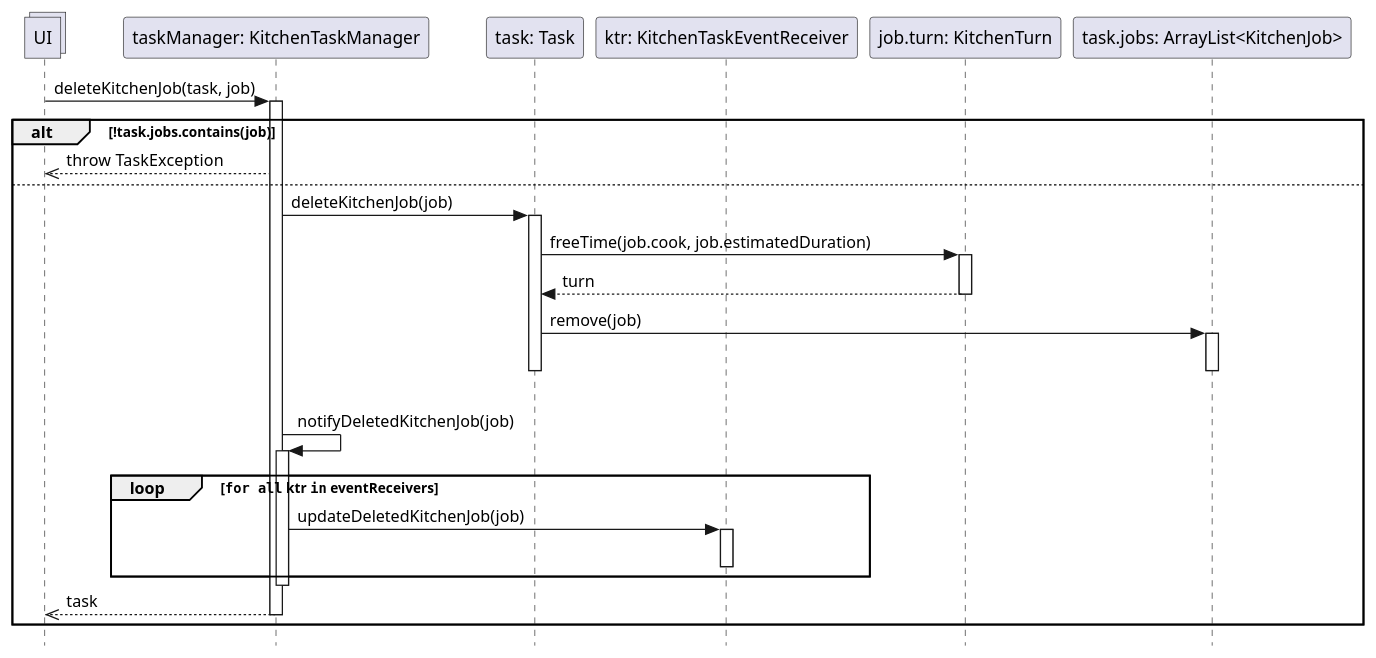
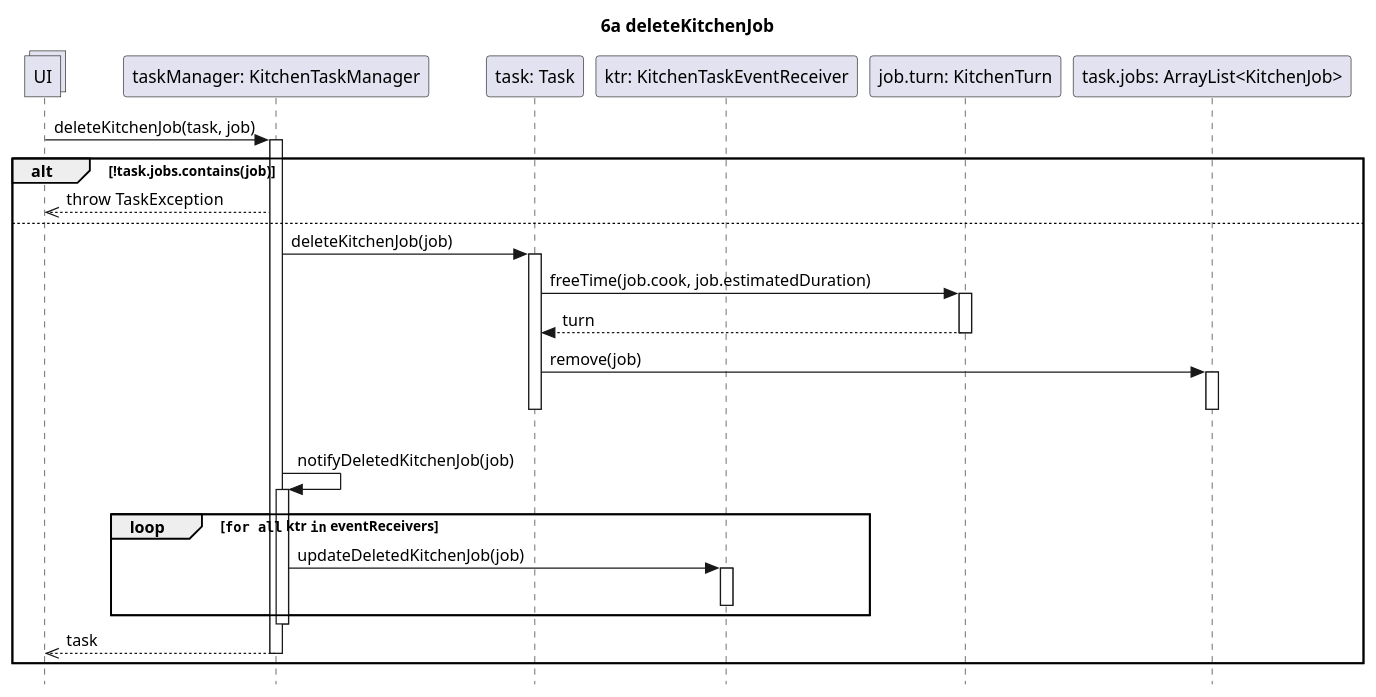
Before and after one commit to stefa168/sas-project: the diagram in UP/Progettazione/UC Gestire Compiti Cucina/DSD/DSD Operazione 6a.puml, drawn with PlantUML. The commit also changed 5 other files, not shown here.

```diff
--- a/UP/Progettazione/UC Gestire Compiti Cucina/DSD/DSD Operazione 6a.puml
+++ b/UP/Progettazione/UC Gestire Compiti Cucina/DSD/DSD Operazione 6a.puml
@@ -1,50 +1,50 @@
 @startuml Operazione 6a
 skinparam Style strictuml
 
+title 6a deleteKitchenJob
+
 collections UI
-
-'commento di prova per vedere se riesco a pushare sul nuovo pc
 
 participant "taskManager: KitchenTaskManager" as tm
 participant "task: Task" as task
 participant "ktr: KitchenTaskEventReceiver" as ktr
 participant "job.turn: KitchenTurn" as t
 participant "task.jobs: ArrayList<KitchenJob>" as jl
 
 UI -> tm: deleteKitchenJob(task, job)
 activate tm
 
 alt !task.jobs.contains(job)
     UI <<-- tm: throw TaskException
 else
     tm -> task: deleteKitchenJob(job)
     activate task
     task -> t: freeTime(job.cook, job.estimatedDuration)
     activate t
     return turn
 
     task -> jl: remove(job)
     activate jl
     deactivate jl
 
 
     deactivate task
 
     |||
     tm -> tm: notifyDeletedKitchenJob(job)
     activate tm
     loop ""for all"" ktr ""in"" eventReceivers
         tm -> ktr : updateDeletedKitchenJob(job)
         activate ktr
         deactivate ktr
     end
     deactivate tm
 
     UI <<-- tm: task
     deactivate tm
 
 end
 
 deactivate tm
 
 @enduml
```
